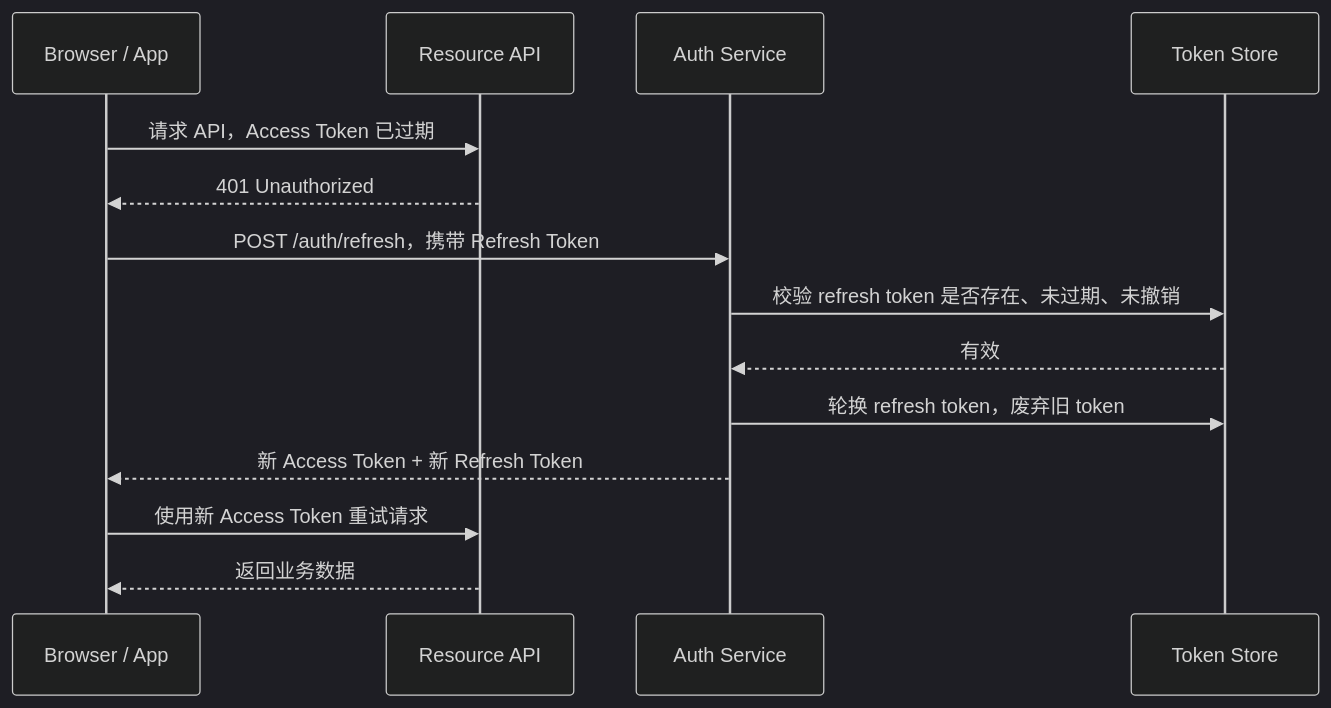
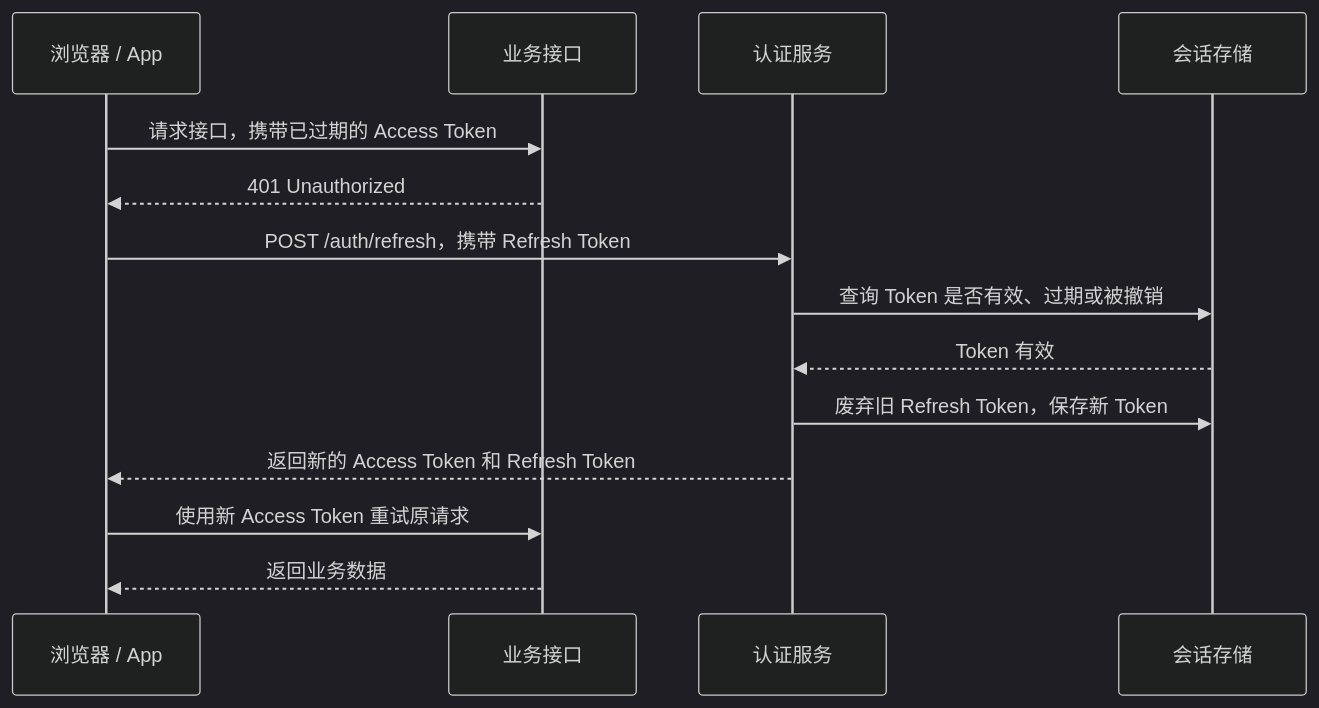
The second of 3 diagrams in docs/security/auth/jwt.md (zeevenn/notes), drawn with Mermaid (dark theme) before and after one commit. The commit also changed other lines of this file and 1 other file, not shown here.

````diff
--- a/docs/security/auth/jwt.md
+++ b/docs/security/auth/jwt.md
@@ -56,17 +127,17 @@
 ```mermaid
 sequenceDiagram
-  participant B as Browser / App
-  participant R as Resource API
-  participant A as Auth Service
-  participant S as Token Store
+  participant B as 浏览器 / App
+  participant R as 业务接口
+  participant A as 认证服务
+  participant S as 会话存储
 
-  B->>R: 请求 API，Access Token 已过期
+  B->>R: 请求接口，携带已过期的 Access Token
   R-->>B: 401 Unauthorized
   B->>A: POST /auth/refresh，携带 Refresh Token
-  A->>S: 校验 refresh token 是否存在、未过期、未撤销
-  S-->>A: 有效
-  A->>S: 轮换 refresh token，废弃旧 token
-  A-->>B: 新 Access Token + 新 Refresh Token
-  B->>R: 使用新 Access Token 重试请求
+  A->>S: 查询 Token 是否有效、过期或被撤销
+  S-->>A: Token 有效
+  A->>S: 废弃旧 Refresh Token，保存新 Token
+  A-->>B: 返回新的 Access Token 和 Refresh Token
+  B->>R: 使用新 Access Token 重试原请求
   R-->>B: 返回业务数据
 ```
````
